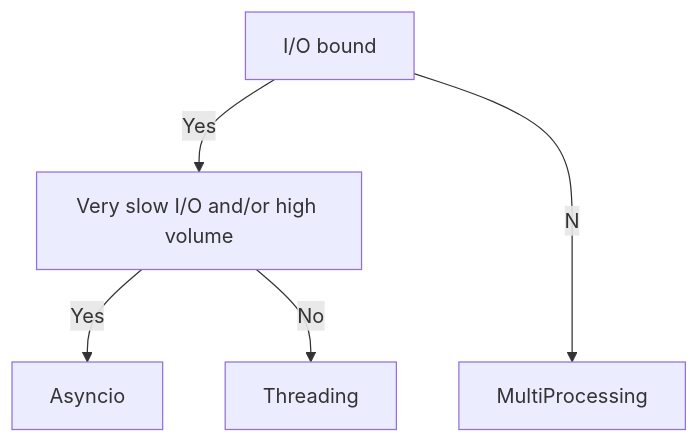
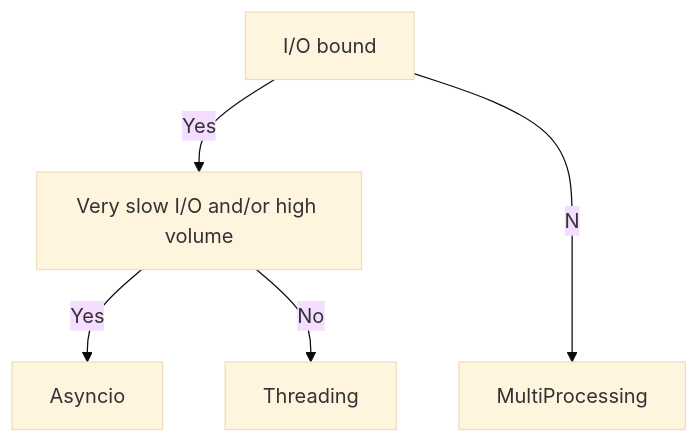
The diagram in _posts/2024-05-02-threading_vs_multiprocessing_vs_asyncio.md (mbrycke/mbrycke.github.io), drawn with Mermaid before and after one commit. The commit also changed other lines of this file, not shown here.

Commit message:
adding forgotten mermaid tag

````diff
--- a/_posts/2024-05-02-threading_vs_multiprocessing_vs_asyncio.md
+++ b/_posts/2024-05-02-threading_vs_multiprocessing_vs_asyncio.md
@@ -9,8 +10,8 @@
 ```mermaid
+%%{init: {'theme':'base', 'themeVariables': { 'lineInterpolate': 'basis' }}}%%
 graph TD
-
 A[I/O bound] -- Yes --> B[Very slow I/O and/or high volume]
 A -- No--> C[MultiProcessing]
 B -- Yes --> E[Asyncio]
 B -- No --> D[Threading]
 ```
````
